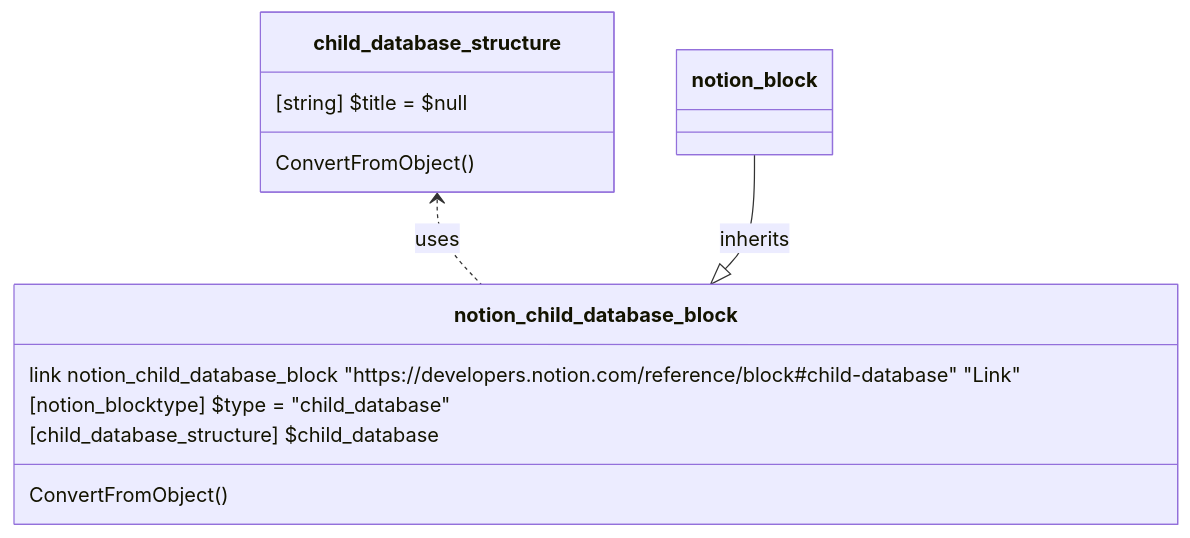
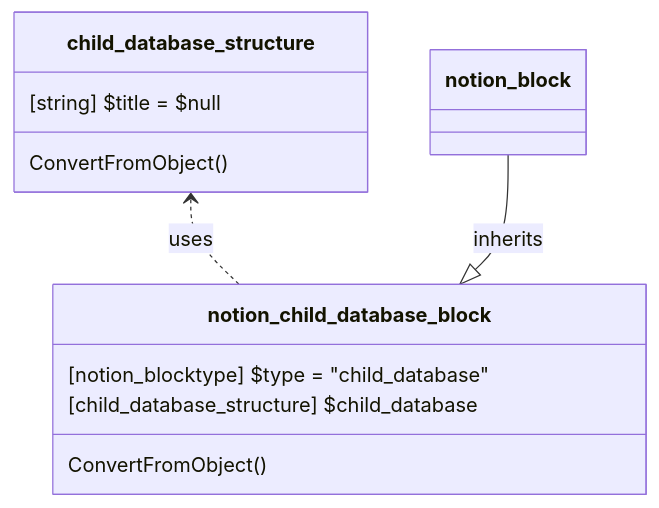
Before and after one commit to fasteiner/Notion: the diagram in source/WikiSource/Classes/Block/09_Child_Database.md, drawn with Mermaid. The commit also changed 31 other files, not shown here.

Commit message:
fix: correct spelling of "Reference" in API documentation, heading dependency, removed unsuported link in mermaid

````diff
--- a/source/WikiSource/Classes/Block/09_Child_Database.md
+++ b/source/WikiSource/Classes/Block/09_Child_Database.md
@@ -5,16 +5,15 @@
 ```mermaid
 classDiagram
     class child_database_structure {
         [string] $title = $null
         ConvertFromObject()
     }
 
     class notion_child_database_block {
-        link notion_child_database_block "https://developers.notion.com/reference/block#child-database" "Link"
         [notion_blocktype] $type = "child_database"
         [child_database_structure] $child_database
         ConvertFromObject()
     }
     `child_database_structure` <.. `notion_child_database_block`:uses
     `notion_block` --|> `notion_child_database_block`:inherits
 ```
````
